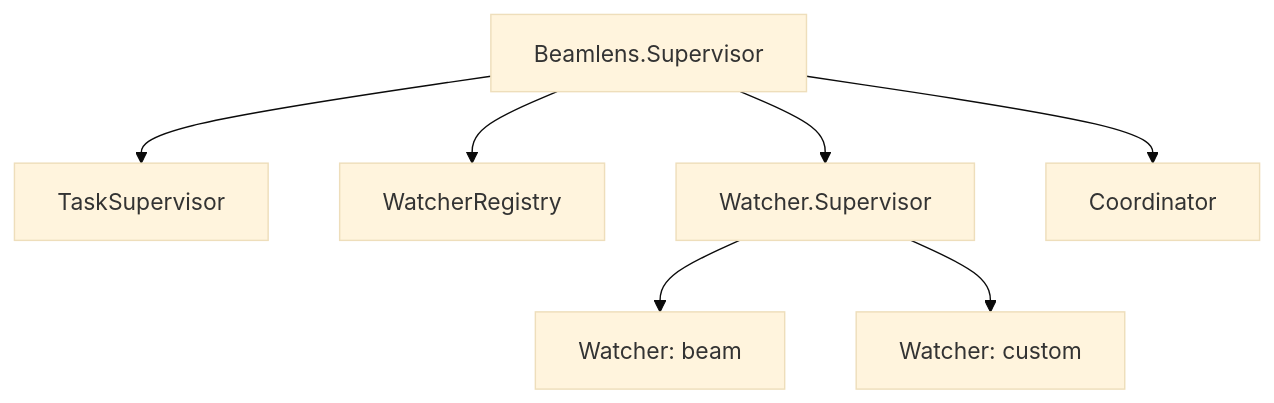
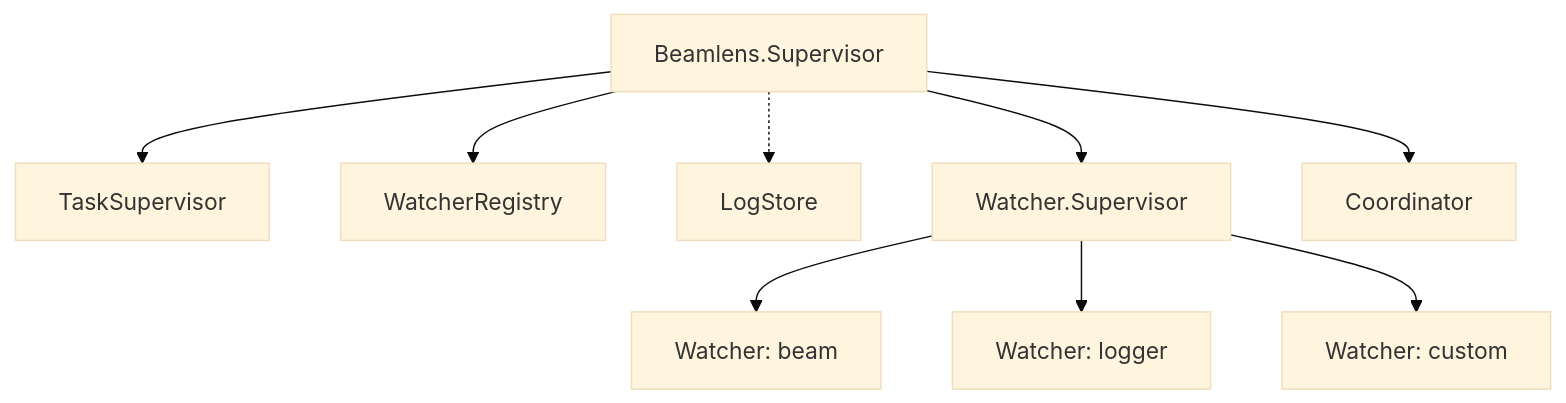
The first of 2 diagrams in docs/architecture.md (beamlens/beamlens), drawn with Mermaid (base theme) before and after one commit. The commit also changed other lines of this file and 14 other files, not shown here.

````diff
--- a/docs/architecture.md
+++ b/docs/architecture.md
@@ -15,11 +15,13 @@
 ```mermaid
 graph TD
     S[Beamlens.Supervisor]
     S --> TS[TaskSupervisor]
     S --> WR[WatcherRegistry]
+    S -.-> LS[LogStore]
     S --> WS[Watcher.Supervisor]
     S --> CO[Coordinator]
 
     WS --> W1[Watcher: beam]
-    WS --> W2[Watcher: custom]
+    WS --> W2[Watcher: logger]
+    WS --> W3[Watcher: custom]
 ```
````
